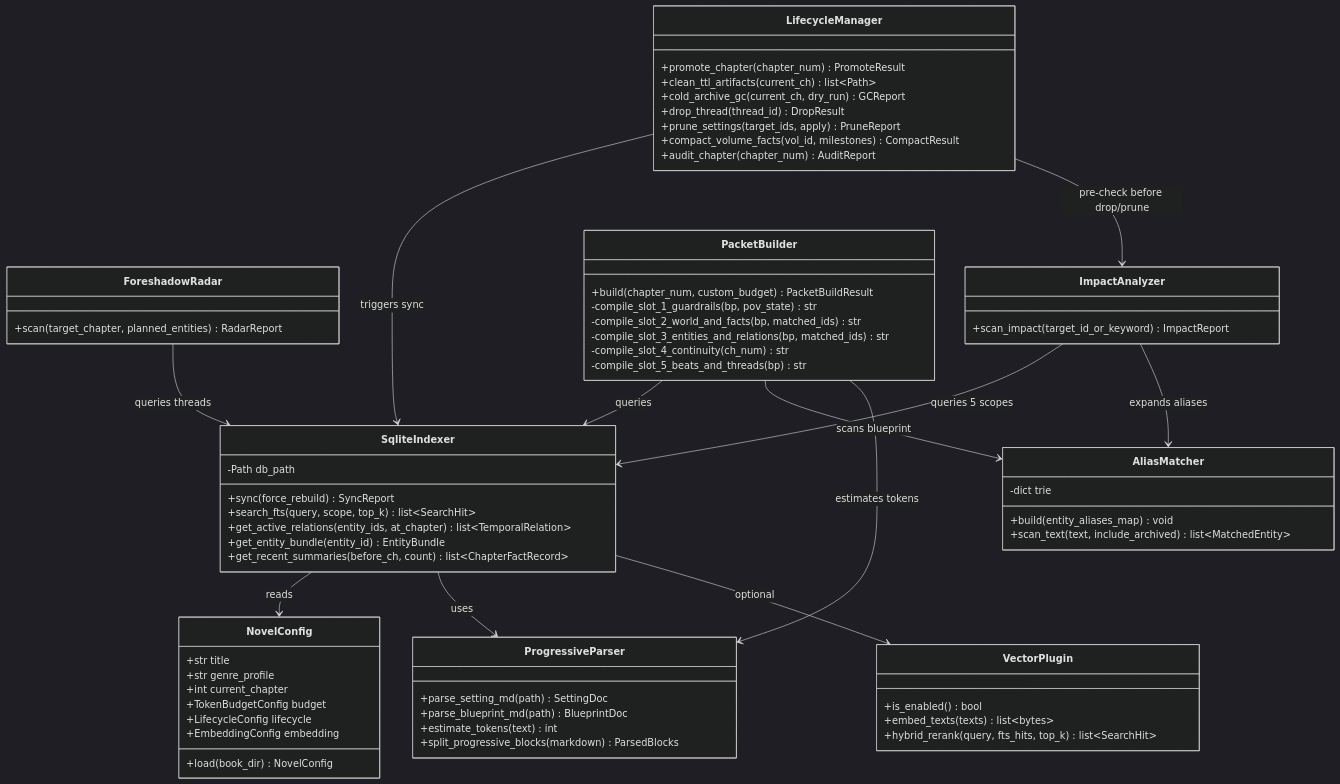
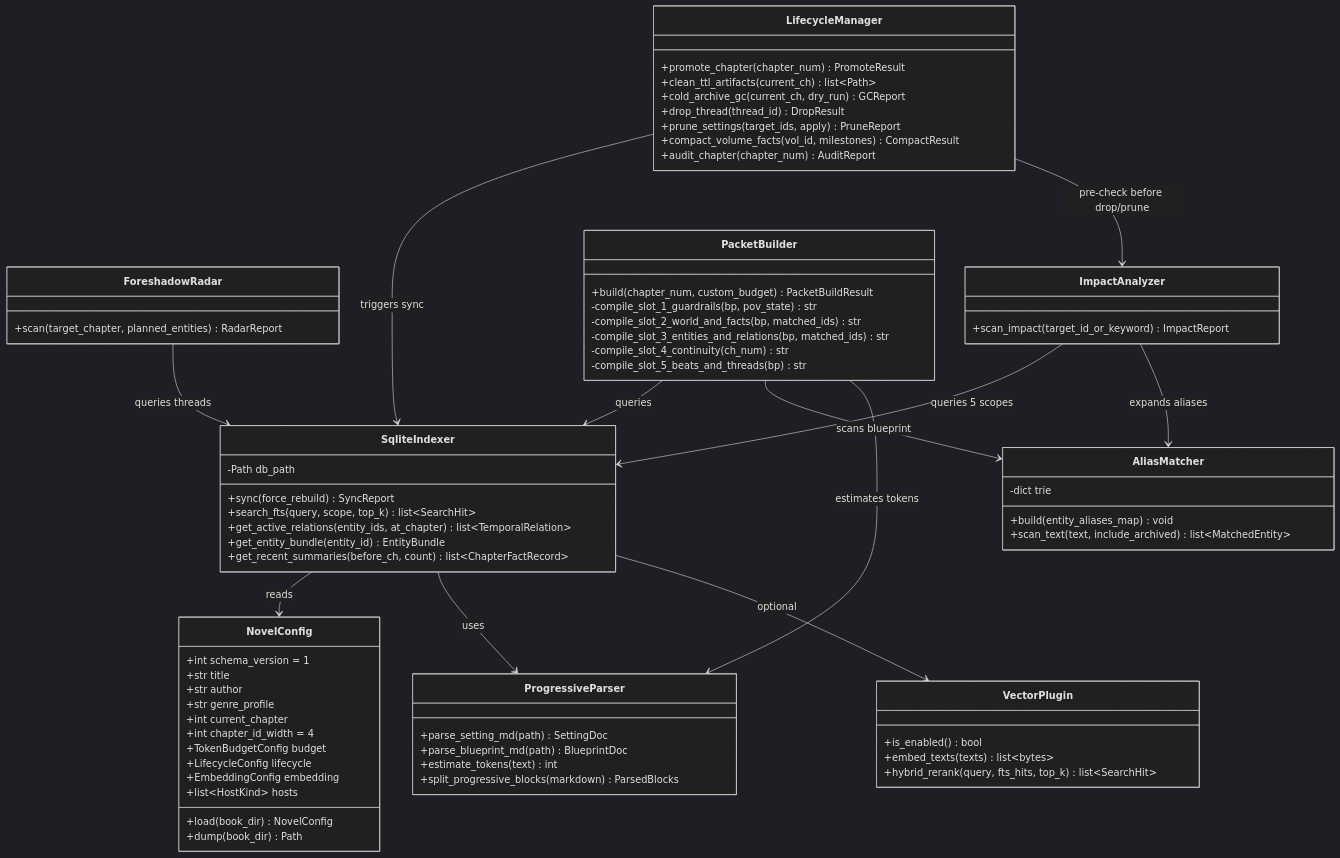
The second of 8 diagrams in docs/02-system-architecture-design.md (DDholder/DDNovelGenerater), drawn with Mermaid (dark theme) before and after one commit. The commit also changed other lines of this file and 10 other files, not shown here.

Commit message:
feat(schemas): complete T02.5-T02.6, T02.8-T02.10 and freeze Gate 1 schema contract

````diff
--- a/docs/02-system-architecture-design.md
+++ b/docs/02-system-architecture-design.md
@@ -77,13 +77,18 @@
 ```mermaid
 classDiagram
     class NovelConfig {
+        +int schema_version = 1
         +str title
+        +str author
         +str genre_profile
         +int current_chapter
+        +int chapter_id_width = 4
         +TokenBudgetConfig budget
         +LifecycleConfig lifecycle
         +EmbeddingConfig embedding
+        +list~HostKind~ hosts
         +load(book_dir) NovelConfig
+        +dump(book_dir) Path
     }
 
     class ProgressiveParser {
````
